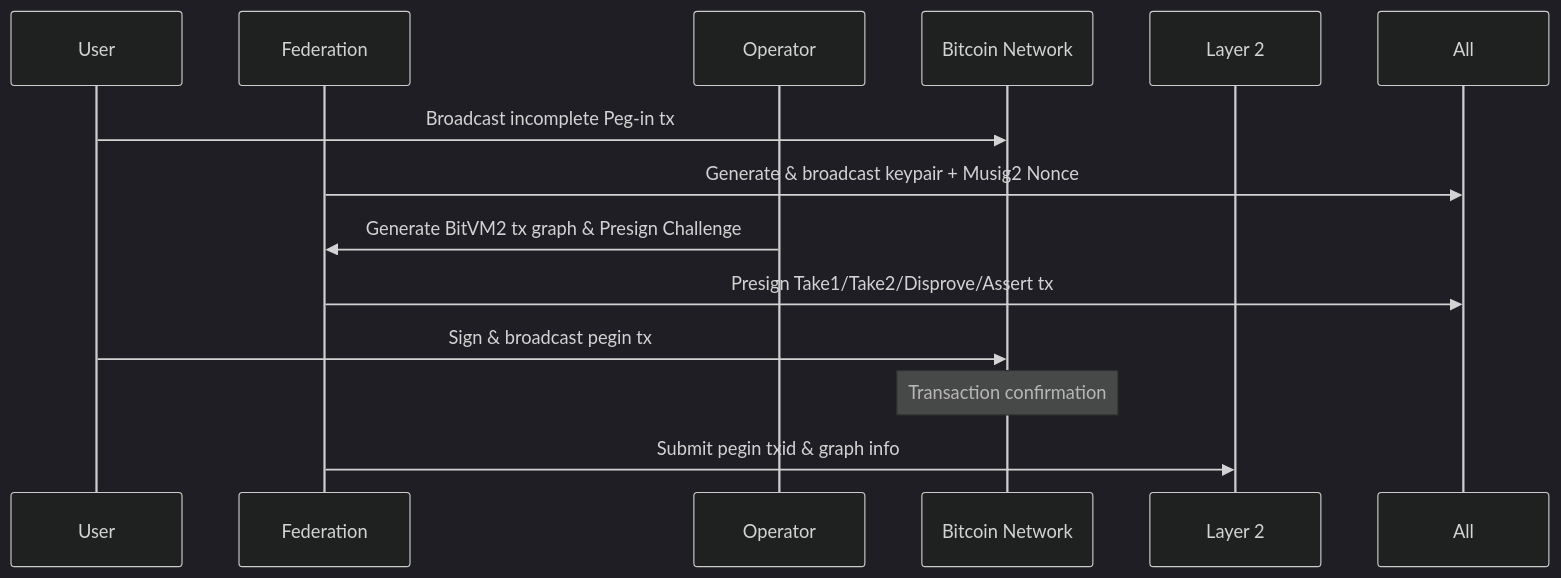
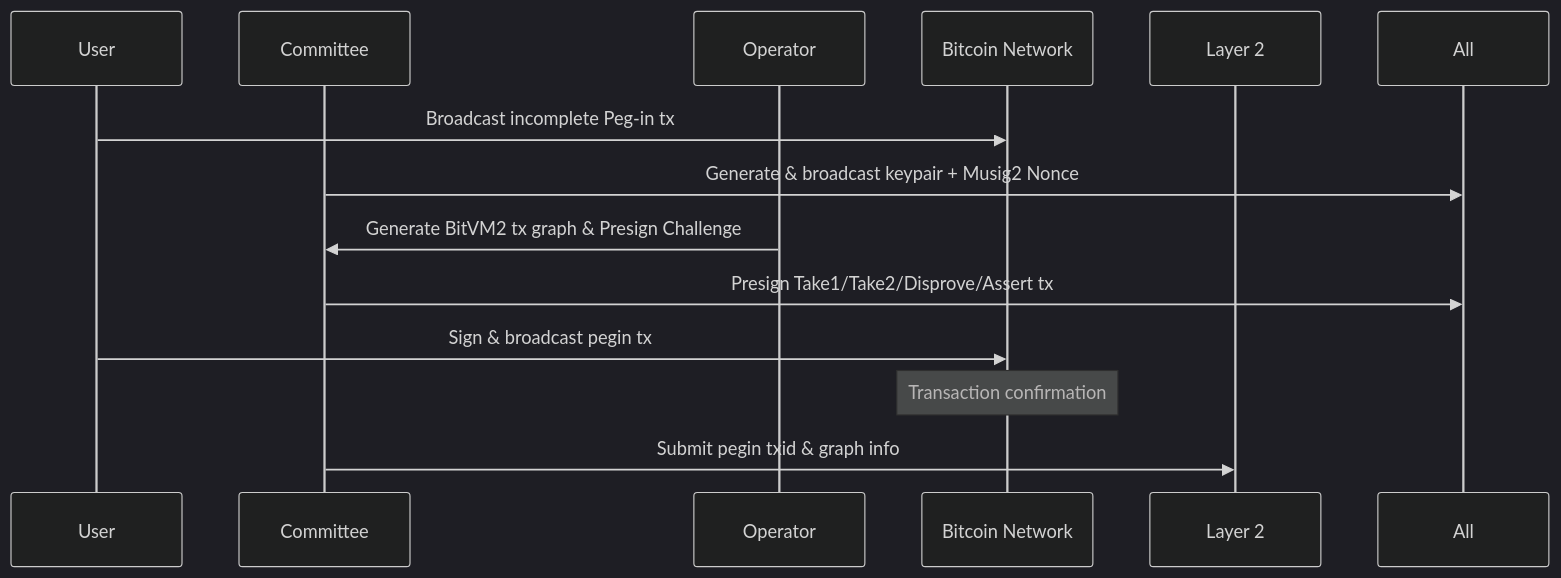
The second of 5 diagrams in README.md (jackDev221/bitvm2-node), drawn with Mermaid (dark theme) before and after one commit. The commit also changed other lines of this file and 10 other files, not shown here.

````diff
--- a/README.md
+++ b/README.md
@@ -65,16 +65,16 @@
 ```mermaid
 sequenceDiagram
     participant U as User
-    participant F as Federation
+    participant F as Committee 
     participant O as Operator
     participant B as Bitcoin Network
     participant L2 as Layer 2
 
     U->>B: Broadcast incomplete Peg-in tx
     F->>All: Generate & broadcast keypair + Musig2 Nonce
     O->>F: Generate BitVM2 tx graph & Presign Challenge 
     F->>All: Presign Take1/Take2/Disprove/Assert tx
     U->>B: Sign & broadcast pegin tx
     Note over B: Transaction confirmation
     F->>L2: Submit pegin txid & graph info
 ```
````
